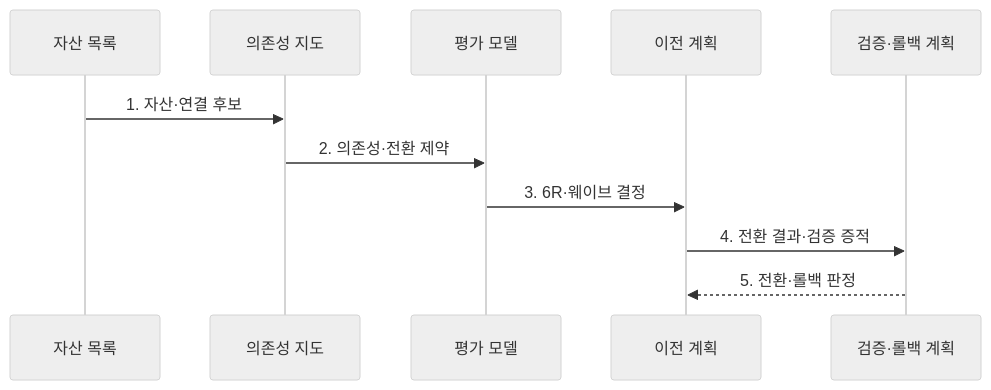
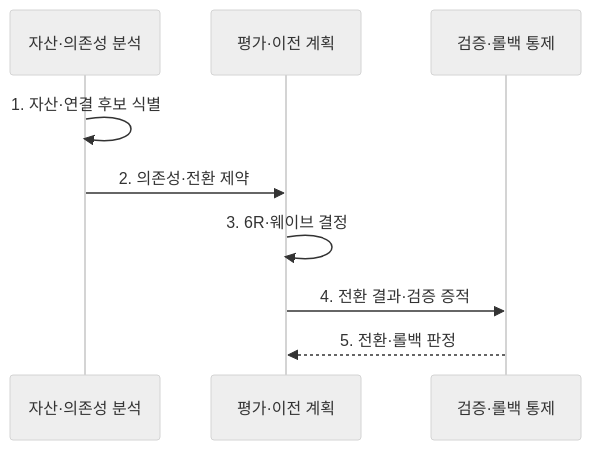
The second of 2 diagrams in src/content/docs/notes/03-software/146_cloud_migration_6r.md (agnusdei1207/knowledge-base), drawn with Mermaid (neutral theme) before and after one commit. The commit also changed 7 other files, not shown here.

Commit message:
Reduce cloud platform diagram actors

````diff
--- a/src/content/docs/notes/03-software/146_cloud_migration_6r.md
+++ b/src/content/docs/notes/03-software/146_cloud_migration_6r.md
@@ -98,13 +98,11 @@
 ```mermaid
 sequenceDiagram
-    participant A as 자산 목록
-    participant D as 의존성 지도
-    participant E as 평가 모델
-    participant M as 이전 계획
-    participant V as 검증·롤백 계획
-    A->>D: 1. 자산·연결 후보
-    D->>E: 2. 의존성·전환 제약
-    E->>M: 3. 6R·웨이브 결정
+    participant A as 자산·의존성 분석
+    participant M as 평가·이전 계획
+    participant V as 검증·롤백 통제
+    A->>A: 1. 자산·연결 후보 식별
+    A->>M: 2. 의존성·전환 제약
+    M->>M: 3. 6R·웨이브 결정
     M->>V: 4. 전환 결과·검증 증적
     V-->>M: 5. 전환·롤백 판정
 ```
````
